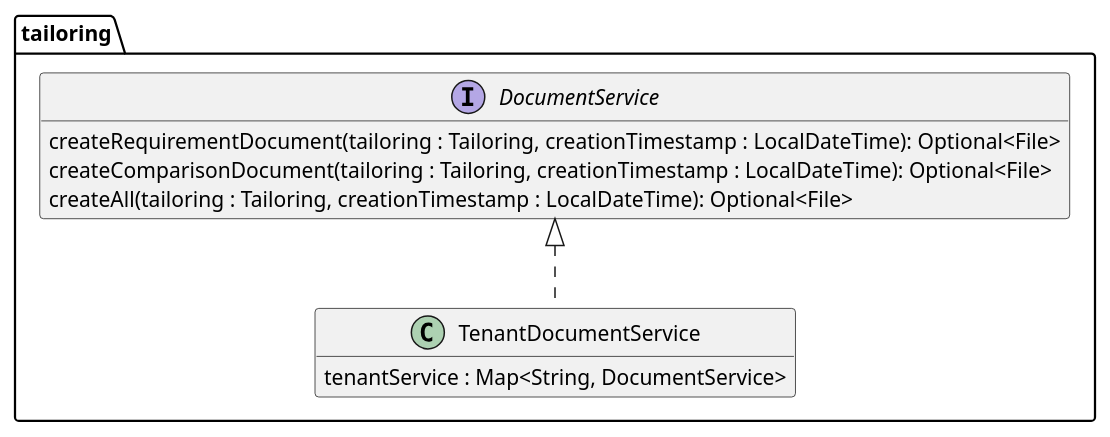
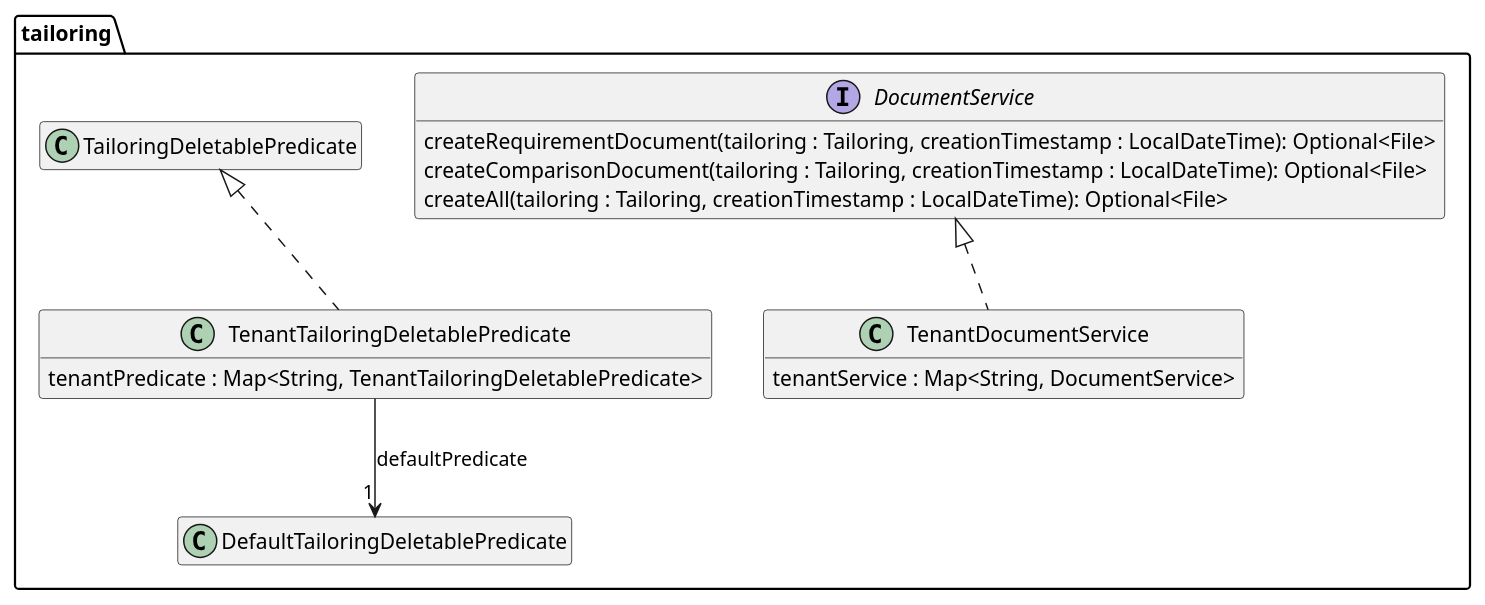
The diagram in src/site/arc42/plantuml/tenant/tailoring/Ebene3.plantuml (tailoringexpert/platform), drawn with PlantUML before and after one commit. The commit also changed 36 other files, not shown here.

```diff
--- a/src/site/arc42/plantuml/tenant/tailoring/Ebene3.plantuml
+++ b/src/site/arc42/plantuml/tenant/tailoring/Ebene3.plantuml
@@ -1,17 +1,24 @@
 @startuml Ebene3.png
 hide empty members
 
 package tailoring {
 
     interface DocumentService {
         createRequirementDocument(tailoring : Tailoring, creationTimestamp : LocalDateTime): Optional<File>
         createComparisonDocument(tailoring : Tailoring, creationTimestamp : LocalDateTime): Optional<File>
         createAll(tailoring : Tailoring, creationTimestamp : LocalDateTime): Optional<File>
     }
 
     class TenantDocumentService {
         tenantService : Map<String, DocumentService>
     }
     DocumentService <|.. TenantDocumentService
+
+    class TenantTailoringDeletablePredicate {
+        tenantPredicate : Map<String, TenantTailoringDeletablePredicate>
+    }
+    TailoringDeletablePredicate <|.. TenantTailoringDeletablePredicate
+    TenantTailoringDeletablePredicate --> "1" DefaultTailoringDeletablePredicate : defaultPredicate
+
 }
 @enduml
```
